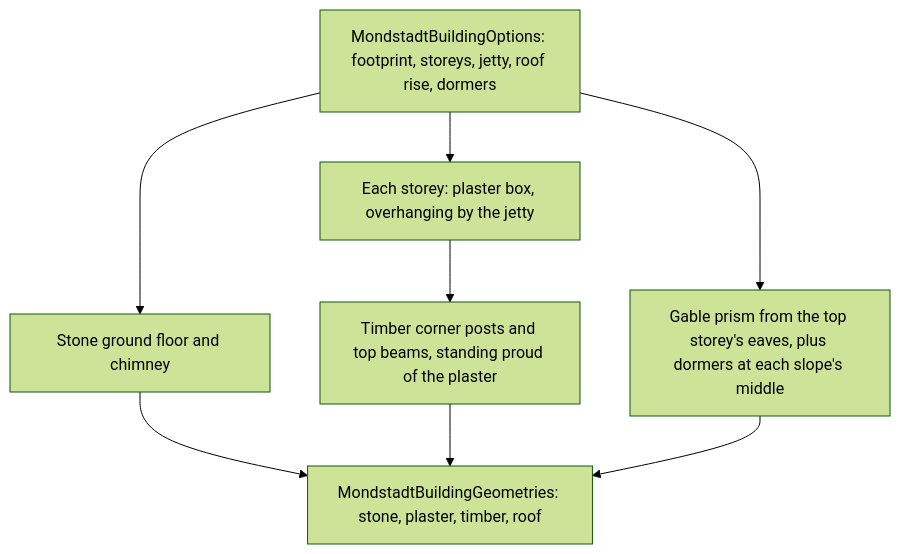
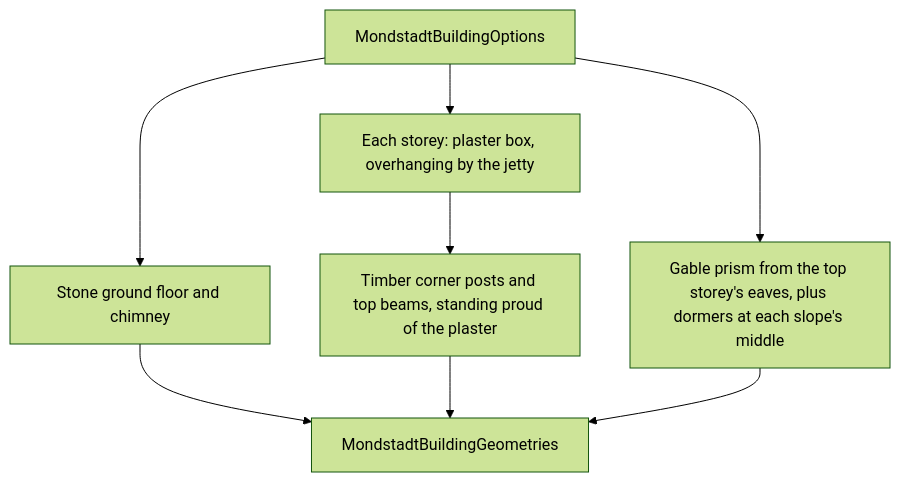
The diagram in openspec/specs/genshin/mondstadt-buildings/design.md (Esposter/Esposter), drawn with Mermaid (forest theme) before and after one commit. The commit also changed other lines of this file and 15 other files, not shown here.

````diff
--- a/openspec/specs/genshin/mondstadt-buildings/design.md
+++ b/openspec/specs/genshin/mondstadt-buildings/design.md
@@ -5,10 +5,10 @@
 ```mermaid
 flowchart TD
-  OP[MondstadtBuildingOptions: footprint, storeys, jetty, roof rise, dormers] --> GF[Stone ground floor and chimney]
+  OP[MondstadtBuildingOptions] --> GF[Stone ground floor and chimney]
   OP --> ST[Each storey: plaster box, overhanging by the jetty]
   ST --> TF[Timber corner posts and top beams, standing proud of the plaster]
   OP --> RF[Gable prism from the top storey's eaves, plus dormers at each slope's middle]
-  GF --> OUT[MondstadtBuildingGeometries: stone, plaster, timber, roof]
+  GF --> OUT[MondstadtBuildingGeometries]
   TF --> OUT
   RF --> OUT
 ```
````
